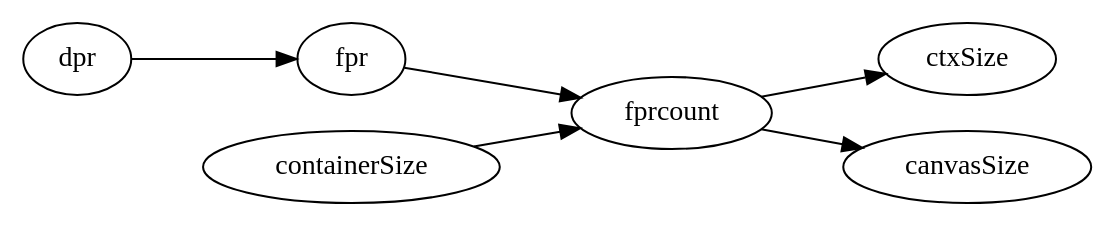
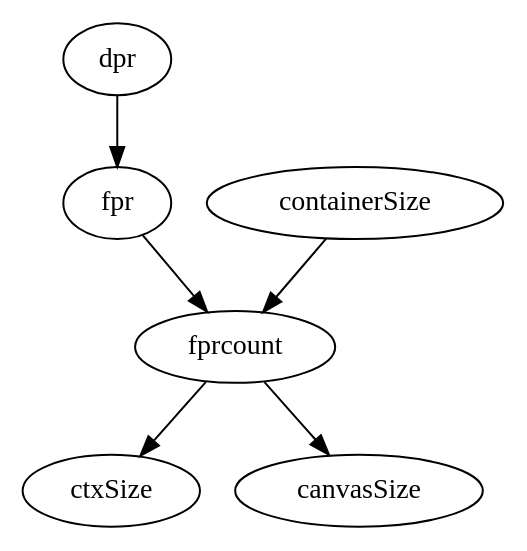
One commit to coalpha/based-canvas changed the diagram in src/lib.dot. Above: the diagram before and after it, drawn with Graphviz. The commit also changed 6 other files, not shown here.

```diff
--- a/src/lib.dot
+++ b/src/lib.dot
@@ -1,5 +1,4 @@
 digraph {
-   rankdir=LR
    dpr -> fpr -> fprcount -> ctxSize
    containerSize -> fprcount -> canvasSize
 }
```
